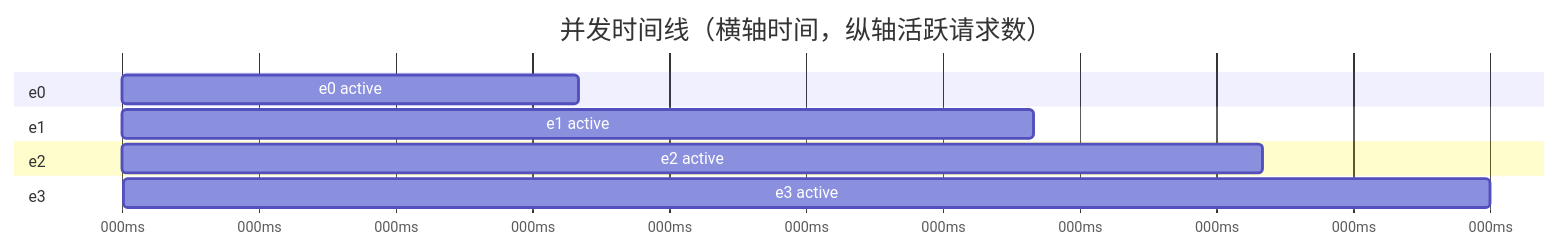
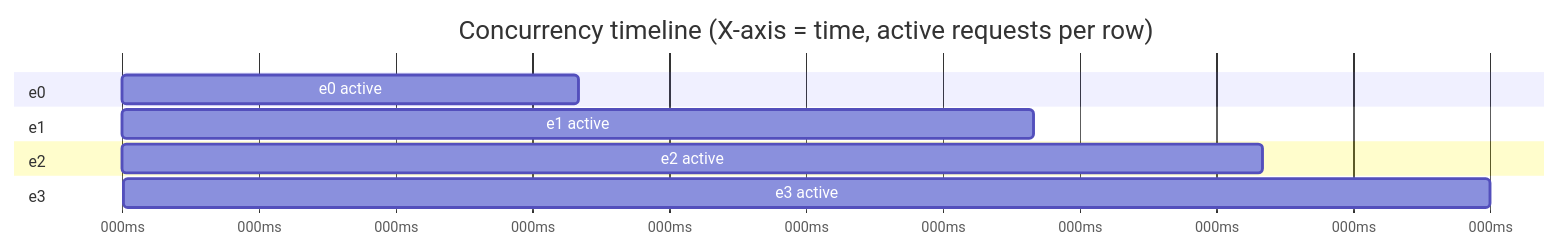
Before and after one commit to hitechcloud-vietnam/har-skills: the fourth of 5 diagrams in website/zh/internals/waterfall.md, drawn with Mermaid. The commit also changed other lines of this file and 97 other files, not shown here.

````diff
--- a/website/zh/internals/waterfall.md
+++ b/website/zh/internals/waterfall.md
@@ -172,14 +178,14 @@
 ```mermaid
 gantt
-  title 并发时间线（横轴时间，纵轴活跃请求数）
+  title Concurrency timeline (X-axis = time, active requests per row)
   dateFormat X
   axisFormat %Lms
   section e0
   e0 active :0,0, 200
   section e1
   e1 active :1,100, 400
   section e2
   e2 active :2,200, 500
   section e3
   e3 active :3,400, 600
 ```
````
